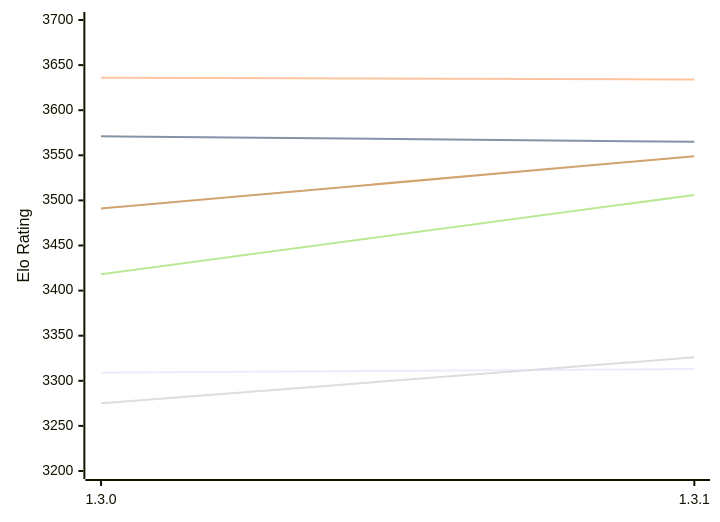
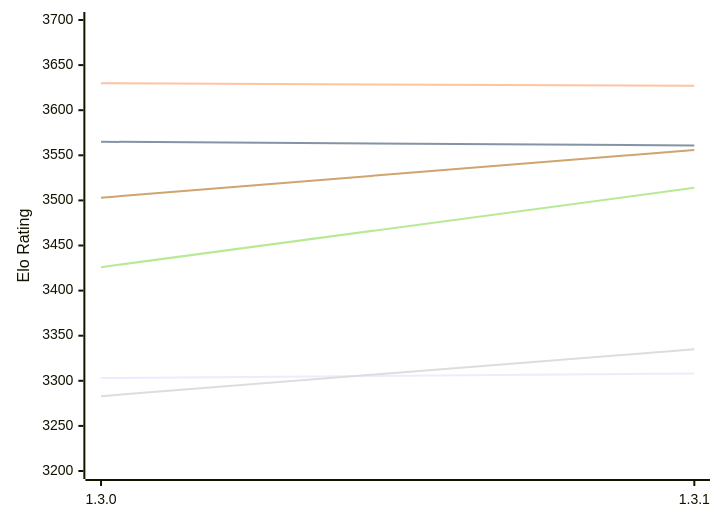
One commit to computer-chess-index/cci changed the first of 2 diagrams in engines/Renegade.md. Above: the diagram before and after it, drawn with Mermaid. The commit also changed other lines of this file, not shown here.

Commit message:
Update CCI Ratings (ELO VLTC) - 2026-11-18

````diff
--- a/engines/Renegade.md
+++ b/engines/Renegade.md
@@ -50,12 +50,12 @@
 ```mermaid
 %%{init: {"theme":"base","themeVariables":{"seriesColors:['#a3a3a3','#222221','#faa371']}}}%%
 xychart-beta
   x-axis ["1.3.0", "1.3.1"]
   y-axis "Elo Rating" 3200 --> 3700
-  line "E1: STC (8.0+0.08s)" [3309, 3313]
-  line "E1: LTC (60.0+0.60s)" [3571, 3565]
-  line "E1: VLTC (2m24s+1.12s)" [3636, 3634]
-  line "P1: STC (8.0+0.08s)" [3275, 3326]
-  line "P1: LTC (60.0+0.60s)" [3418, 3506]
-  line "P1: VLTC (2m24s+1.12s)" [3491, 3549]
+  line "E1: STC (8.0+0.08s)" [3303, 3308]
+  line "E1: LTC (60.0+0.60s)" [3565, 3561]
+  line "E1: VLTC (2m24s+1.12s)" [3630, 3627]
+  line "P1: STC (8.0+0.08s)" [3283, 3335]
+  line "P1: LTC (60.0+0.60s)" [3426, 3514]
+  line "P1: VLTC (2m24s+1.12s)" [3503, 3556]
 ```
````
